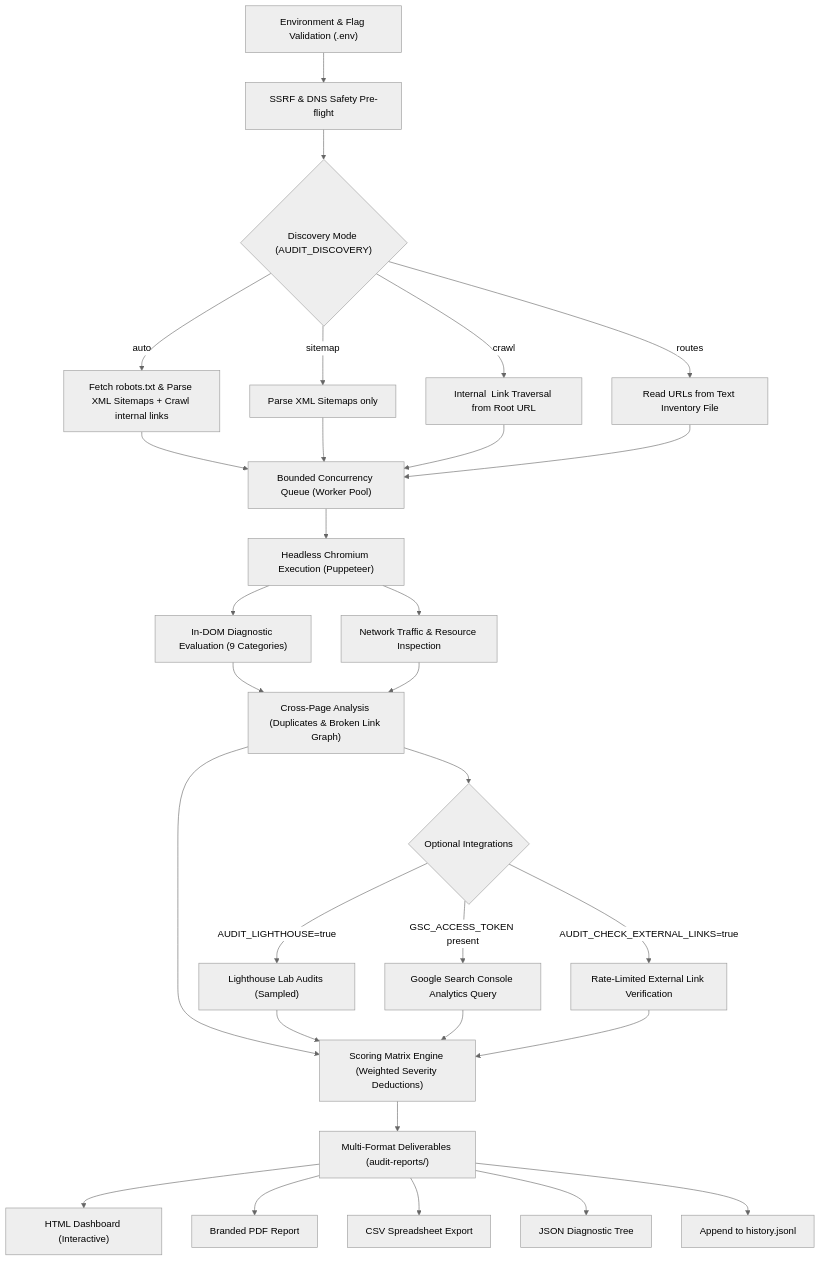
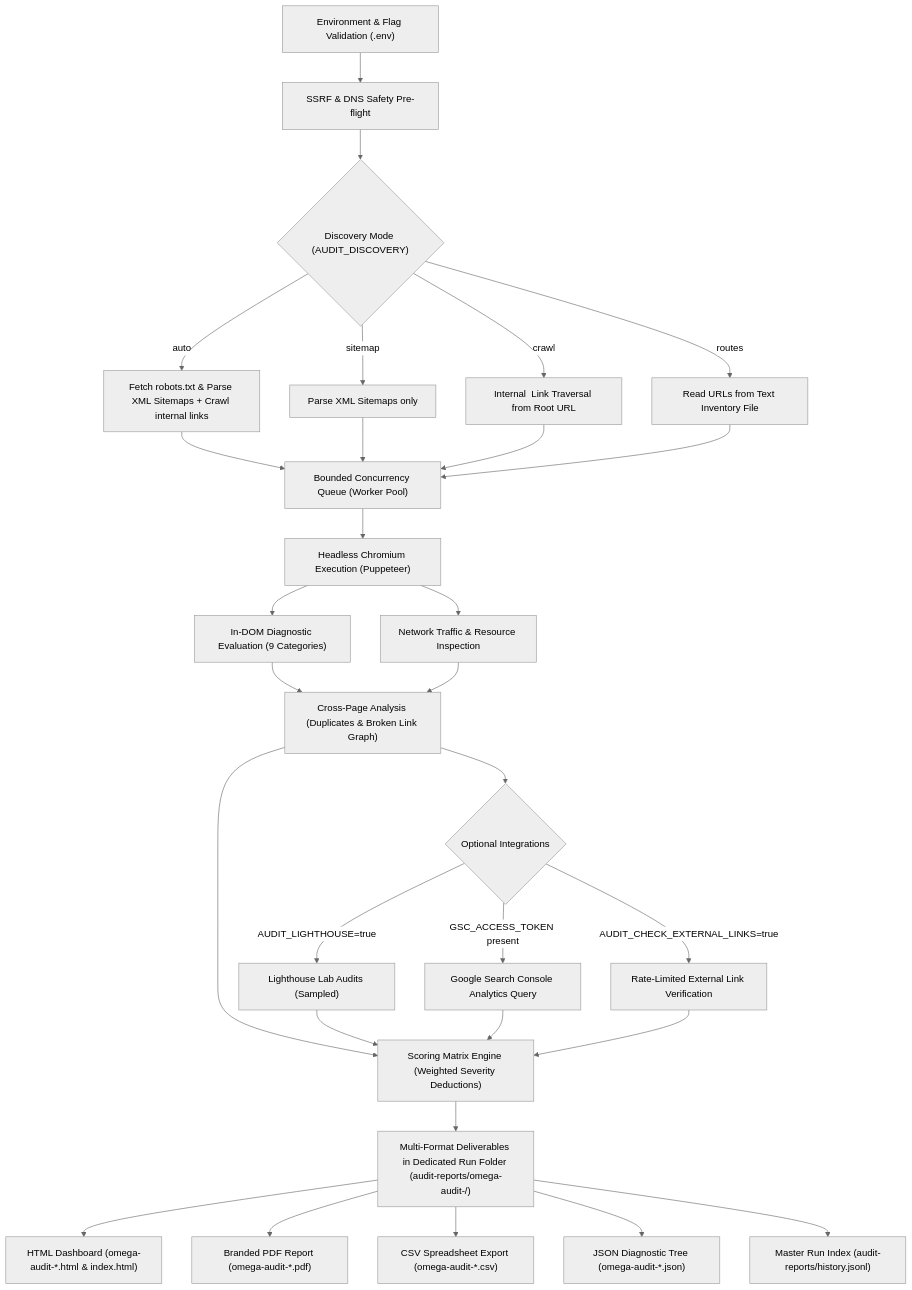
The diagram in numanx-omega/docs/OMEGA-AUDIT-V4-MANUAL.md (muhammadnuman340/web-html), drawn with Mermaid (neutral theme) before and after one commit.

Commit message:
docs: document dedicated per-audit report folder architecture

````diff
--- a/numanx-omega/docs/OMEGA-AUDIT-V4-MANUAL.md
+++ b/numanx-omega/docs/OMEGA-AUDIT-V4-MANUAL.md
@@ -53,32 +53,32 @@
 ```mermaid
 flowchart TD
     A["Environment & Flag Validation (.env)"] --> B["SSRF & DNS Safety Pre-flight"]
     B --> C{"Discovery Mode (AUDIT_DISCOVERY)"}
     C -->|"auto"| D["Fetch robots.txt & Parse XML Sitemaps + Crawl internal links"]
     C -->|"sitemap"| E["Parse XML Sitemaps only"]
     C -->|"crawl"| F["Internal <a> Link Traversal from Root URL"]
     C -->|"routes"| G["Read URLs from Text Inventory File"]
     D --> H["Bounded Concurrency Queue (Worker Pool)"]
     E --> H
     F --> H
     G --> H
     H --> I["Headless Chromium Execution (Puppeteer)"]
     I --> J["In-DOM Diagnostic Evaluation (9 Categories)"]
     I --> K["Network Traffic & Resource Inspection"]
     J --> L["Cross-Page Analysis (Duplicates & Broken Link Graph)"]
     K --> L
     L --> M{"Optional Integrations"}
     M -->|"AUDIT_LIGHTHOUSE=true"| N["Lighthouse Lab Audits (Sampled)"]
     M -->|"GSC_ACCESS_TOKEN present"| O["Google Search Console Analytics Query"]
     M -->|"AUDIT_CHECK_EXTERNAL_LINKS=true"| P["Rate-Limited External Link Verification"]
     L --> Q["Scoring Matrix Engine (Weighted Severity Deductions)"]
     N --> Q
     O --> Q
     P --> Q
-    Q --> R["Multi-Format Deliverables (audit-reports/)"]
-    R --> S["HTML Dashboard (Interactive)"]
-    R --> T["Branded PDF Report"]
-    R --> U["CSV Spreadsheet Export"]
-    R --> V["JSON Diagnostic Tree"]
-    R --> W["Append to history.jsonl"]
+    Q --> R["Multi-Format Deliverables in Dedicated Run Folder (audit-reports/omega-audit-<timestamp>/)"]
+    R --> S["HTML Dashboard (omega-audit-*.html & index.html)"]
+    R --> T["Branded PDF Report (omega-audit-*.pdf)"]
+    R --> U["CSV Spreadsheet Export (omega-audit-*.csv)"]
+    R --> V["JSON Diagnostic Tree (omega-audit-*.json)"]
+    R --> W["Master Run Index (audit-reports/history.jsonl)"]
 ```
````
